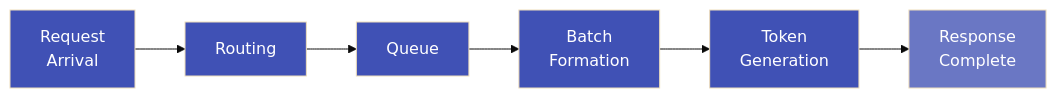
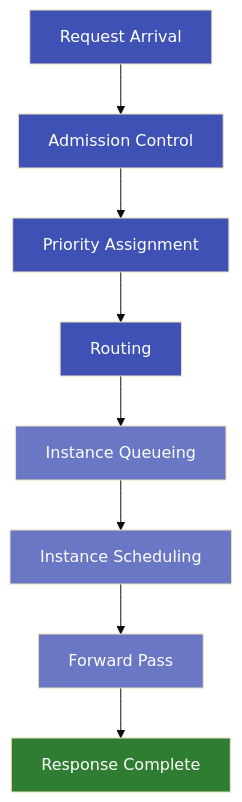
One commit to inference-sim/inference-sim changed the second of 4 diagrams in docs/blog/posts/why-simulate-before-you-scale.md. Above: the diagram before and after it, drawn with Mermaid (base theme). The commit also changed other lines of this file, not shown here.

Commit message:
fix(docs): expand request lifecycle diagram with full pipeline stages
Show all six BLIS pipeline stages (admission control, priority
assignment, routing, instance queueing, instance scheduling, forward
pass) with color-coded cluster-level vs instance-level tiers.

````diff
--- a/docs/blog/posts/why-simulate-before-you-scale.md
+++ b/docs/blog/posts/why-simulate-before-you-scale.md
@@ -50,15 +50,19 @@
 ```mermaid
-flowchart LR
-    A["Request<br>Arrival"] --> B["Routing"]
-    B --> C["Queue"]
-    C --> D["Batch<br>Formation"]
-    D --> E["Token<br>Generation"]
-    E --> F["Response<br>Complete"]
+flowchart TD
+    R["Request Arrival"] --> AC["Admission Control"]
+    AC --> PS["Priority Assignment"]
+    PS --> RT["Routing"]
+    RT --> IQ["Instance Queueing"]
+    IQ --> IS["Instance Scheduling"]
+    IS --> FP["Forward Pass"]
+    FP --> Done["Response Complete"]
 
-    style A fill:#4051b5,color:#fff
-    style B fill:#4051b5,color:#fff
-    style C fill:#4051b5,color:#fff
-    style D fill:#4051b5,color:#fff
-    style E fill:#4051b5,color:#fff
-    style F fill:#6a77c4,color:#fff
+    style R fill:#4051b5,color:#fff
+    style AC fill:#4051b5,color:#fff
+    style PS fill:#4051b5,color:#fff
+    style RT fill:#4051b5,color:#fff
+    style IQ fill:#6a77c4,color:#fff
+    style IS fill:#6a77c4,color:#fff
+    style FP fill:#6a77c4,color:#fff
+    style Done fill:#2e7d32,color:#fff
 ```
````
